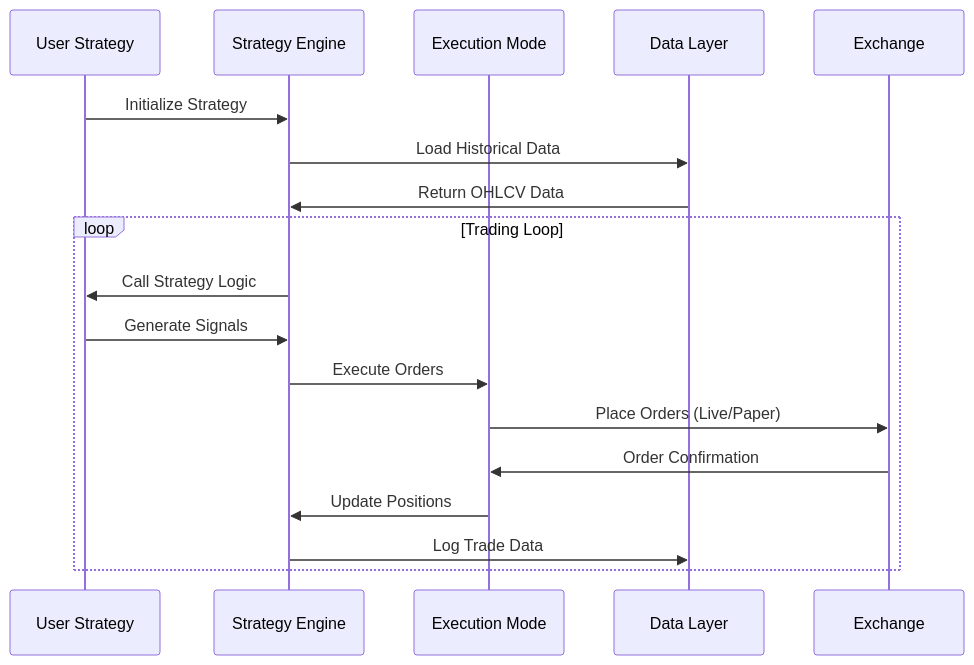
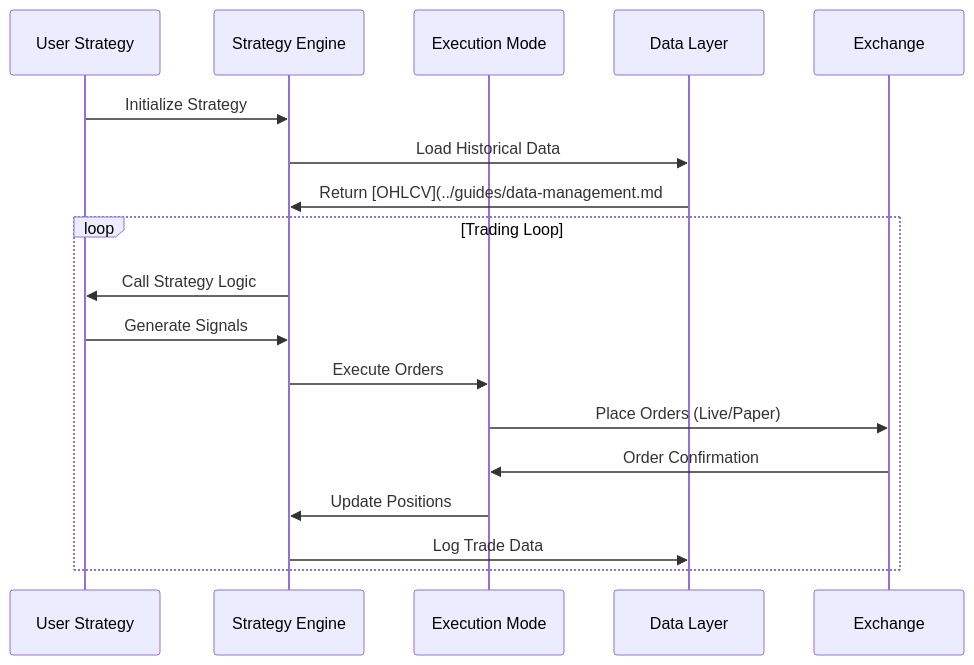
One commit to BubbleParticles/Planar.jl changed the second of 2 diagrams in docs/src/devdocs.md. Above: the diagram before and after it, drawn with Mermaid. The commit also changed other lines of this file and 129 other files, not shown here.

````diff
--- a/docs/src/devdocs.md
+++ b/docs/src/devdocs.md
@@ -101,22 +108,22 @@
 ```mermaid
 sequenceDiagram
     participant U as User Strategy
     participant S as Strategy Engine
     participant E as Execution Mode
     participant D as Data Layer
     participant X as Exchange
     
     U->>S: Initialize Strategy
     S->>D: Load Historical Data
-    D->>S: Return OHLCV Data
+    D->>S: Return [OHLCV](../guides/data-management.md#ohlcv-data) Data
     
     loop Trading Loop
         S->>U: Call Strategy Logic
         U->>S: Generate Signals
         S->>E: Execute Orders
         E->>X: Place Orders (Live/Paper)
         X->>E: Order Confirmation
         E->>S: Update Positions
         S->>D: Log Trade Data
     end
 ```
````
